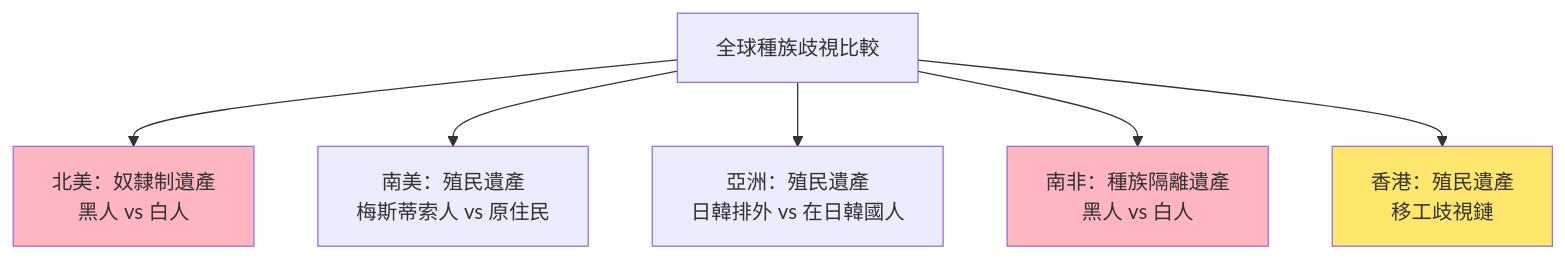
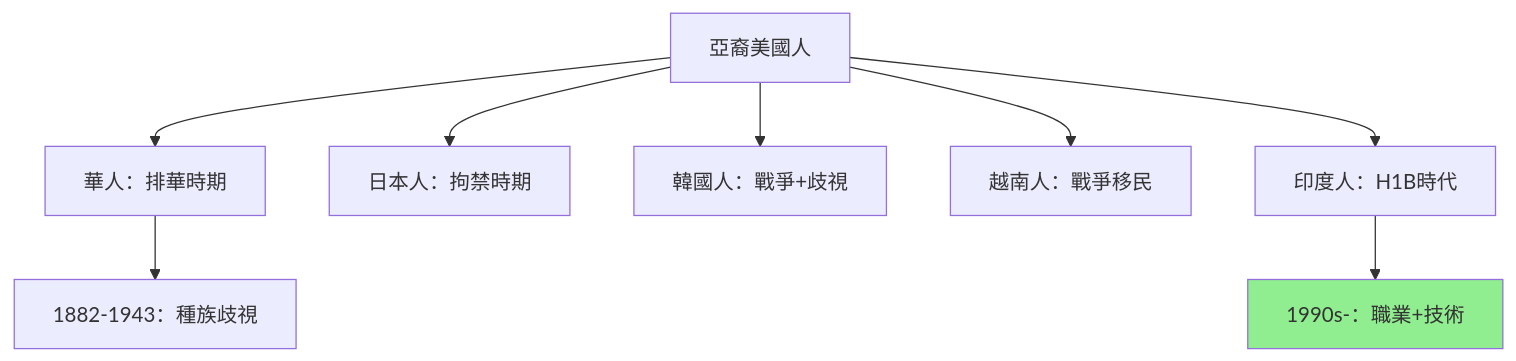
Before and after one commit to yip-lgtm/HKU-Harvard-History-Self-Study: the ninth of 10 diagrams in 01_HKU_Courses/HIST2161_Making_Race.md, drawn with Mermaid. The commit also changed other lines of this file and 7 other files, not shown here.

````diff
--- a/01_HKU_Courses/HIST2161_Making_Race.md
+++ b/01_HKU_Courses/HIST2161_Making_Race.md
@@ -259,11 +326,11 @@
 ```mermaid
 graph TD
-    A["全球種族歧視比較"] --> B["北美：奴隸制遺產<br/>黑人 vs 白人"]
-    A --> C["南美：殖民遺產<br/>梅斯蒂索人 vs 原住民"]
-    A --> D["亞洲：殖民遺產<br/>日韓排外 vs 在日韓國人"]
-    A --> E["南非：種族隔離遺產<br/>黑人 vs 白人"]
-    A --> F["香港：殖民遺產<br/>移工歧視鏈"]
-    style B fill:#FFB6C1
-    style E fill:#FFB6C1
-    style F fill:#FFE66D
+    A["亞裔美國人"] --> B["華人：排華時期"]
+    A --> C["日本人：拘禁時期"]
+    A --> D["韓國人：戰爭+歧視"]
+    A --> E["越南人：戰爭移民"]
+    A --> F["印度人：H1B時代"]
+    B --> G["1882-1943：種族歧視"]
+    F --> H["1990s-：職業+技術"]
+    style H fill:#90EE90
 ```
````
